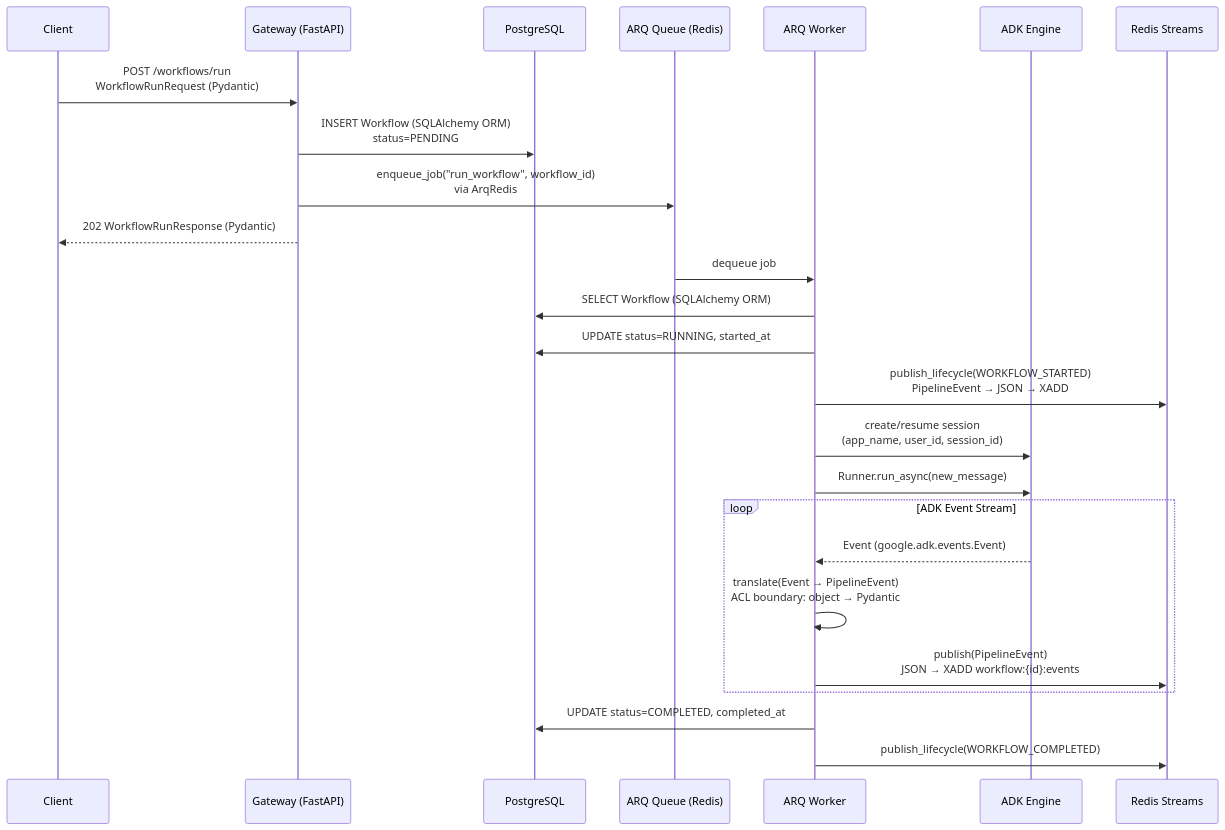
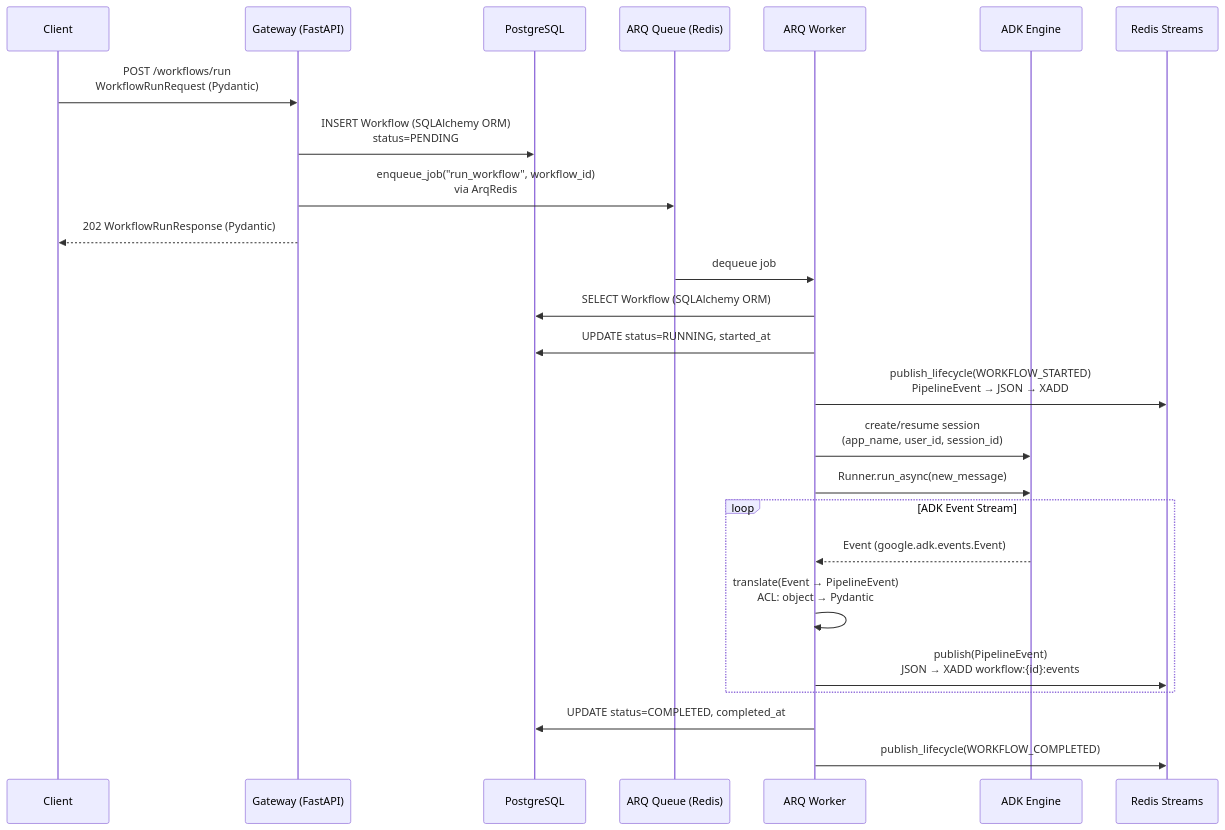
Before and after one commit to BechtelR/AutoBuilder: the second of 6 diagrams in .dev/build-phase/phase-3/model.md, drawn with Mermaid. The commit also changed other lines of this file and 2 other files, not shown here.

````diff
--- a/.dev/build-phase/phase-3/model.md
+++ b/.dev/build-phase/phase-3/model.md
@@ -237,31 +387,31 @@
 ```mermaid
 sequenceDiagram
     participant Client
     participant Gateway as Gateway (FastAPI)
     participant DB as PostgreSQL
     participant ARQ as ARQ Queue (Redis)
     participant Worker as ARQ Worker
     participant ADK as ADK Engine
     participant Stream as Redis Streams
 
     Client->>Gateway: POST /workflows/run<br/>WorkflowRunRequest (Pydantic)
     Gateway->>DB: INSERT Workflow (SQLAlchemy ORM)<br/>status=PENDING
     Gateway->>ARQ: enqueue_job("run_workflow", workflow_id)<br/>via ArqRedis
     Gateway-->>Client: 202 WorkflowRunResponse (Pydantic)
 
     ARQ->>Worker: dequeue job
     Worker->>DB: SELECT Workflow (SQLAlchemy ORM)
     Worker->>DB: UPDATE status=RUNNING, started_at
     Worker->>Stream: publish_lifecycle(WORKFLOW_STARTED)<br/>PipelineEvent → JSON → XADD
     Worker->>ADK: create/resume session<br/>(app_name, user_id, session_id)
     Worker->>ADK: Runner.run_async(new_message)
 
     loop ADK Event Stream
         ADK-->>Worker: Event (google.adk.events.Event)
-        Worker->>Worker: translate(Event → PipelineEvent)<br/>ACL boundary: object → Pydantic
+        Worker->>Worker: translate(Event → PipelineEvent)<br/>ACL: object → Pydantic
         Worker->>Stream: publish(PipelineEvent)<br/>JSON → XADD workflow:{id}:events
     end
 
     Worker->>DB: UPDATE status=COMPLETED, completed_at
     Worker->>Stream: publish_lifecycle(WORKFLOW_COMPLETED)
 ```
````
